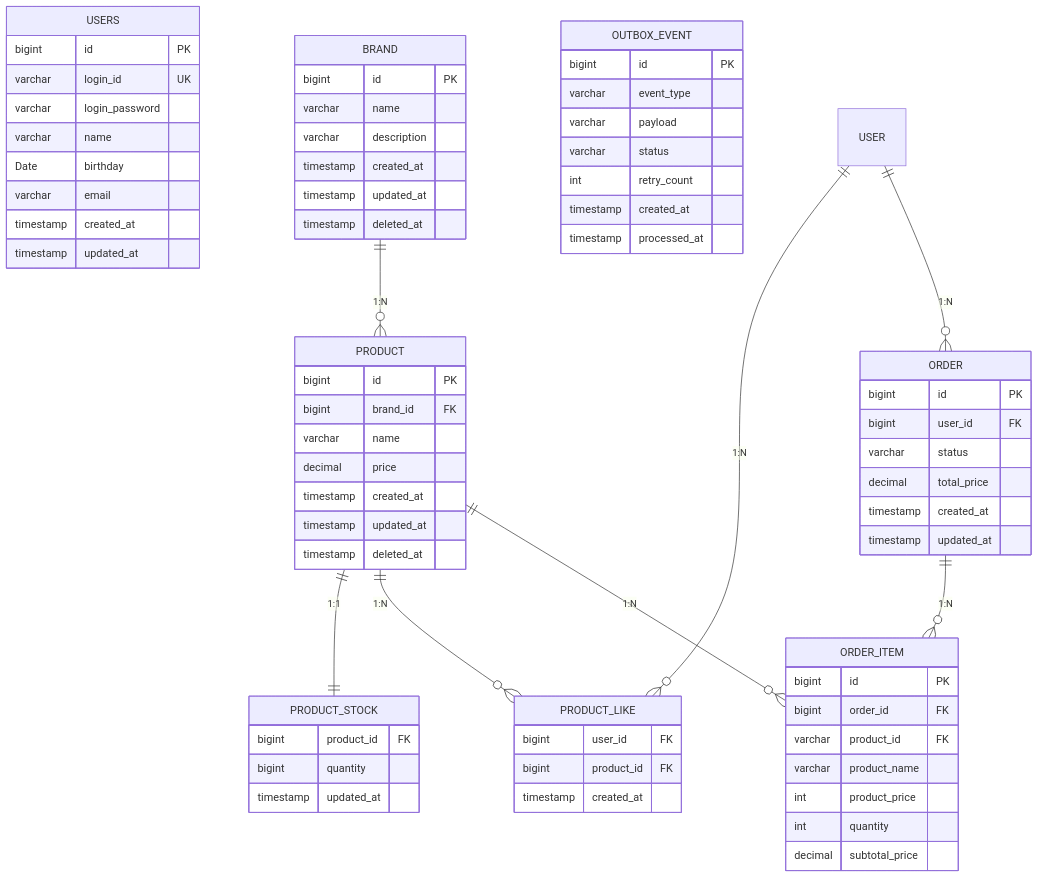
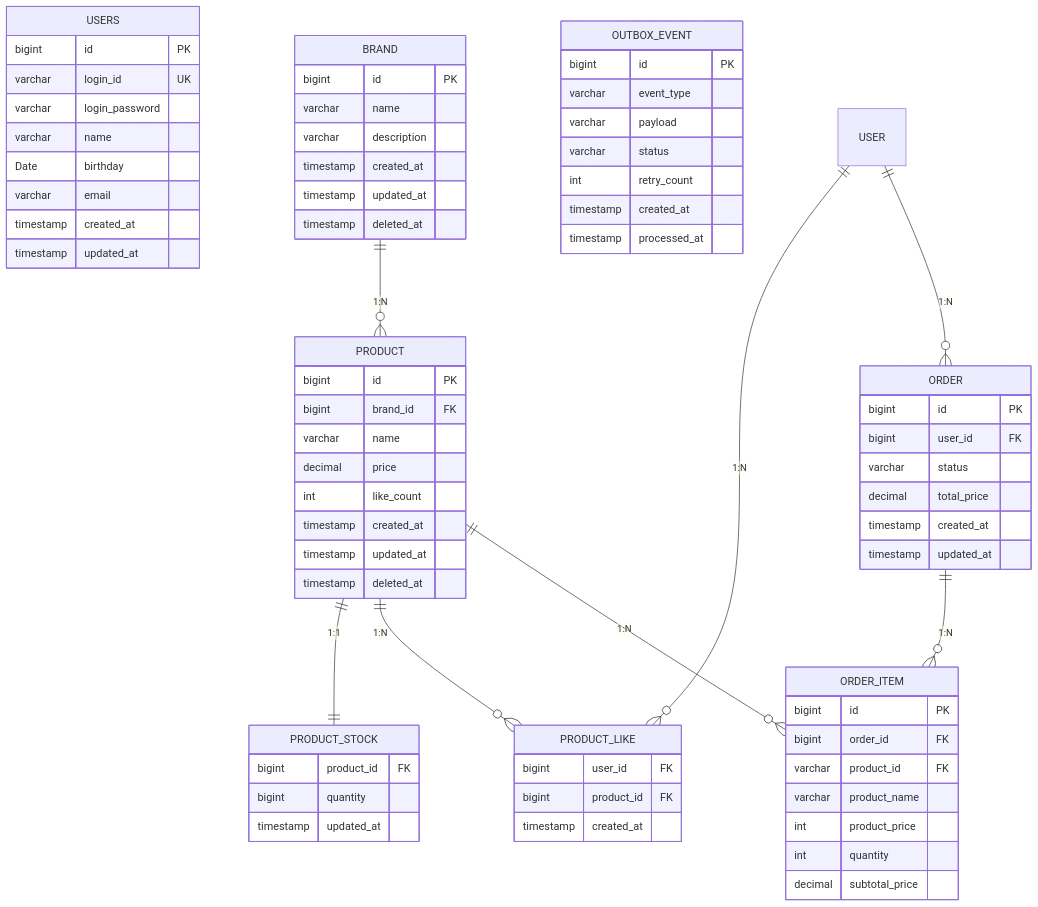
The diagram in docs/design/04-erd.md (loopers-labs/loop-pack-be-l2-vol4-java), drawn with Mermaid before and after one commit. The commit also changed 90 other files, not shown here.

````diff
--- a/docs/design/04-erd.md
+++ b/docs/design/04-erd.md
@@ -1,81 +1,82 @@
 ```mermaid
 erDiagram
   USERS {
     bigint id PK
     varchar login_id UK
     varchar login_password
     varchar name
     Date birthday
     varchar email
     timestamp created_at
     timestamp updated_at
   }
 
   BRAND {
     bigint id PK
     varchar name
     varchar description
     timestamp created_at
     timestamp updated_at
     timestamp deleted_at
   }
 
   PRODUCT {
     bigint id PK
     bigint brand_id FK
     varchar name
     decimal price
+    int like_count
     timestamp created_at
     timestamp updated_at
     timestamp deleted_at
   }
 
   PRODUCT_STOCK {
     bigint product_id FK
     bigint quantity
     timestamp updated_at
   }
 
   PRODUCT_LIKE {
     bigint user_id FK
     bigint product_id FK
     timestamp created_at
   }
 
   ORDER {
     bigint id PK
     bigint user_id FK
     varchar status
     decimal total_price
     timestamp created_at
     timestamp updated_at
   }
 
   ORDER_ITEM {
     bigint id PK
     bigint order_id FK
     varchar product_id FK
     varchar product_name
     int product_price
     int quantity
     decimal subtotal_price
   }
 
   OUTBOX_EVENT {
     bigint id PK
     varchar event_type
     varchar payload
     varchar status
     int retry_count
     timestamp created_at
     timestamp processed_at
   }
 
   BRAND ||--o{ PRODUCT : "1:N"
 	PRODUCT ||--|| PRODUCT_STOCK : "1:1"
 	USER ||--o{ PRODUCT_LIKE : "1:N"
 	PRODUCT ||--o{ PRODUCT_LIKE : "1:N"
 	USER ||--o{ ORDER : "1:N"
 	ORDER ||--o{ ORDER_ITEM : "1:N"
 	PRODUCT ||--o{ ORDER_ITEM : "1:N"
 ```
````
